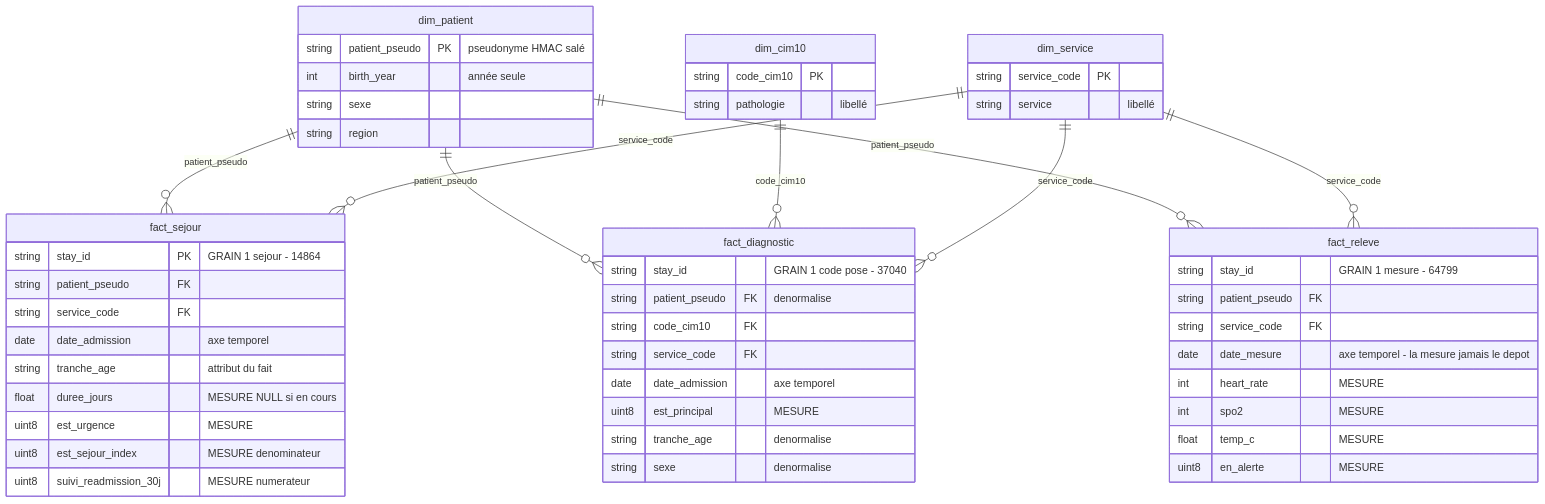
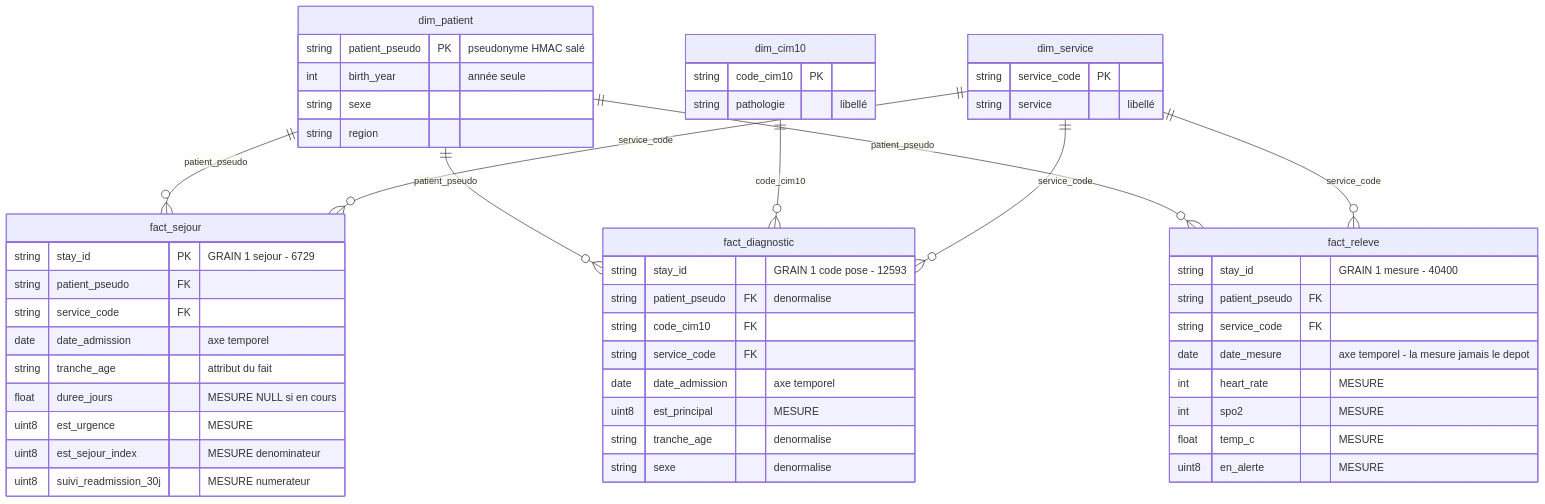
One commit to Periicles/BigData changed the first of 2 diagrams in docs/RAPPORT.md. Above: the diagram before and after it, drawn with Mermaid. The commit also changed other lines of this file and 21 other files, not shown here.

````diff
--- a/docs/RAPPORT.md
+++ b/docs/RAPPORT.md
@@ -195,57 +210,57 @@
 ```mermaid
 erDiagram
     dim_patient  ||--o{ fact_sejour     : "patient_pseudo"
     dim_service  ||--o{ fact_sejour     : "service_code"
     dim_patient  ||--o{ fact_diagnostic : "patient_pseudo"
     dim_cim10    ||--o{ fact_diagnostic : "code_cim10"
     dim_service  ||--o{ fact_diagnostic : "service_code"
     dim_patient  ||--o{ fact_releve     : "patient_pseudo"
     dim_service  ||--o{ fact_releve     : "service_code"
 
     dim_patient {
         string patient_pseudo PK "pseudonyme HMAC salé"
         int    birth_year "année seule"
         string sexe
         string region
     }
     dim_service {
         string service_code PK
         string service "libellé"
     }
     dim_cim10 {
         string code_cim10 PK
         string pathologie "libellé"
     }
 
     fact_sejour {
-        string stay_id PK "GRAIN 1 sejour - 14864"
+        string stay_id PK "GRAIN 1 sejour - 6729"
         string patient_pseudo FK
         string service_code FK
         date   date_admission "axe temporel"
         string tranche_age "attribut du fait"
         float  duree_jours "MESURE NULL si en cours"
         uint8  est_urgence "MESURE"
         uint8  est_sejour_index "MESURE denominateur"
         uint8  suivi_readmission_30j "MESURE numerateur"
     }
     fact_diagnostic {
-        string stay_id "GRAIN 1 code pose - 37040"
+        string stay_id "GRAIN 1 code pose - 12593"
         string patient_pseudo FK "denormalise"
         string code_cim10 FK
         string service_code FK
         date   date_admission "axe temporel"
         uint8  est_principal "MESURE"
         string tranche_age "denormalise"
         string sexe "denormalise"
     }
     fact_releve {
-        string stay_id "GRAIN 1 mesure - 64799"
+        string stay_id "GRAIN 1 mesure - 40400"
         string patient_pseudo FK
         string service_code FK
         date   date_mesure "axe temporel - la mesure jamais le depot"
         int    heart_rate "MESURE"
         int    spo2 "MESURE"
         float  temp_c "MESURE"
         uint8  en_alerte "MESURE"
     }
 ```
````
